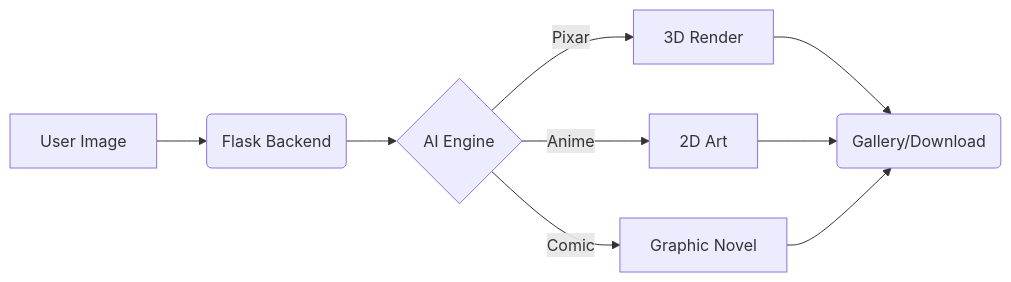
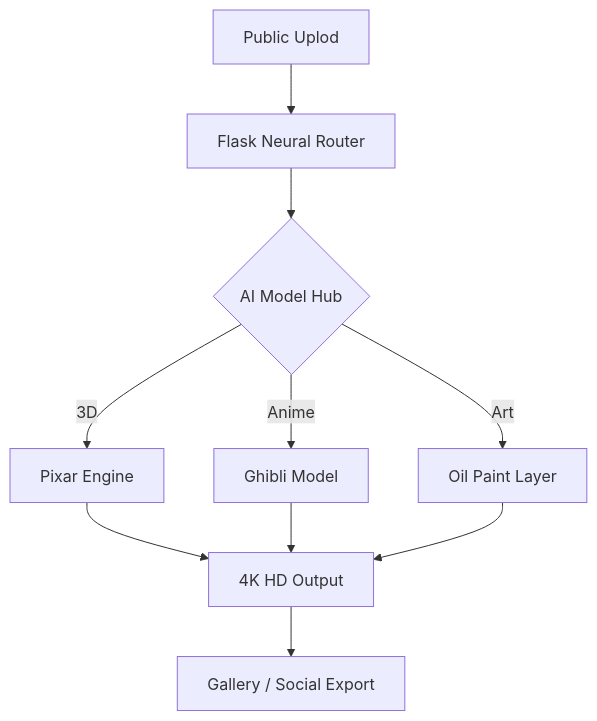
One commit to pruthvirajtarode/AI-Powered-Image-Stylization-and-Cartoonization-Platform changed the diagram in README.md. Above: the diagram before and after it, drawn with Mermaid. The commit also changed other lines of this file and 1 other file, not shown here.

````diff
--- a/README.md
+++ b/README.md
@@ -83,9 +85,10 @@
 ```mermaid
-graph LR
-    A[User Image] --> B(Flask Backend)
-    B --> C{AI Engine}
-    C -->|Pixar| D[3D Render]
-    C -->|Anime| E[2D Art]
-    C -->|Comic| F[Graphic Novel]
-    D & E & F --> G(Gallery/Download)
+graph TD
+    A[Public Uplod] --> B[Flask Neural Router]
+    B --> C{AI Model Hub}
+    C -->|3D| D[Pixar Engine]
+    C -->|Anime| E[Ghibli Model]
+    C -->|Art| F[Oil Paint Layer]
+    D & E & F --> G[4K HD Output]
+    G --> H[Gallery / Social Export]
 ```
````
